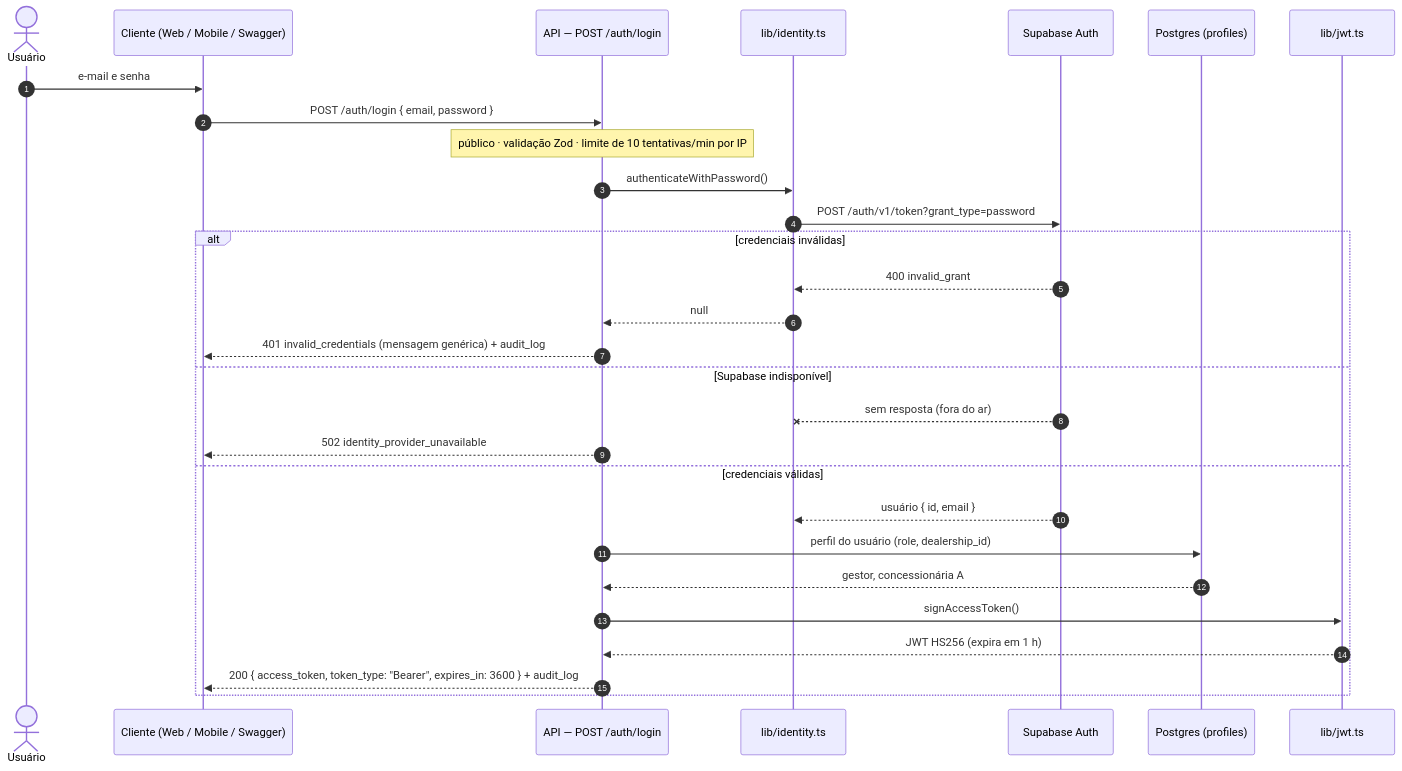
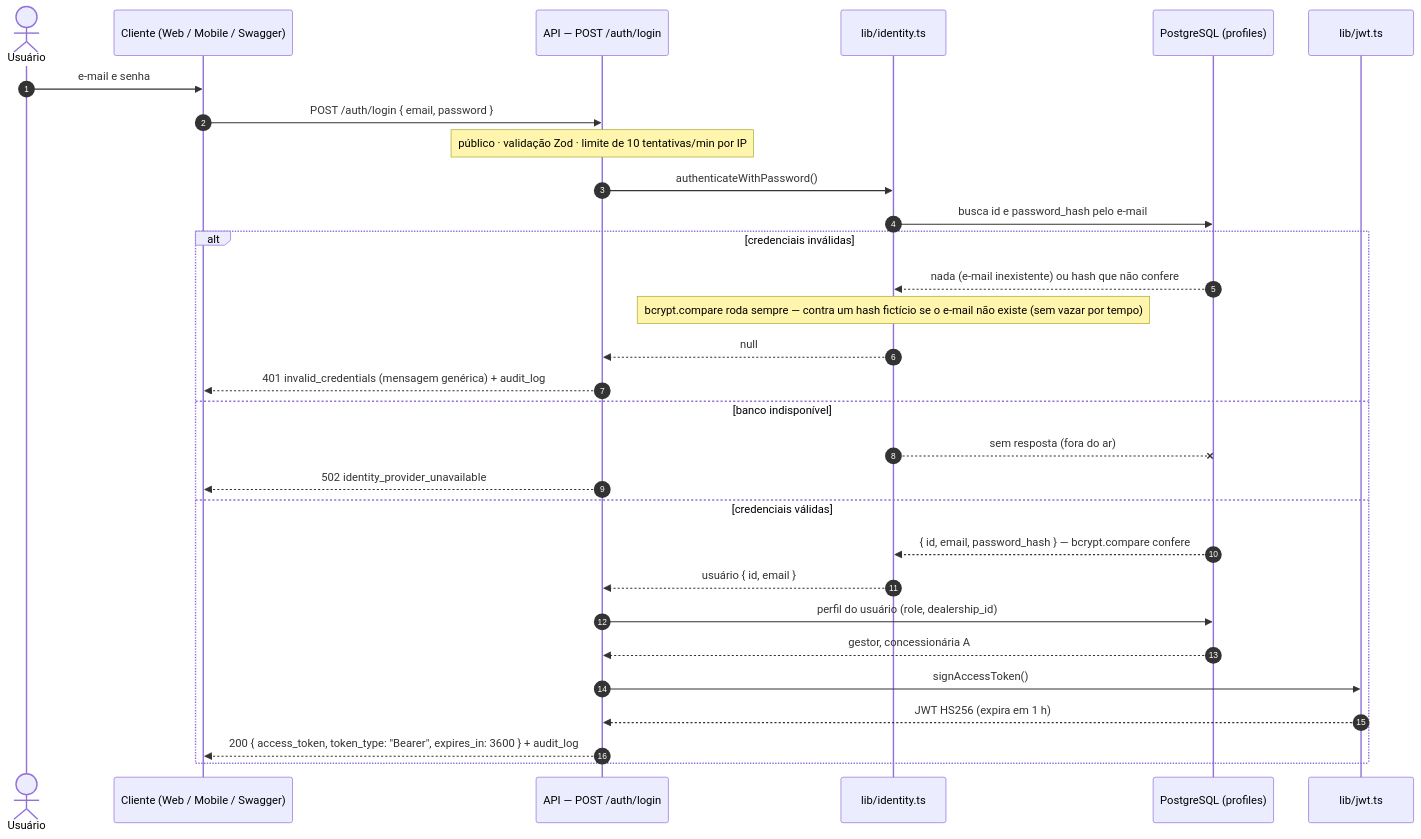
One commit to P0lid0/ford-fiap-challenge changed the fourth of 5 diagrams in docs/ARQUITETURA_SOA.md. Above: the diagram before and after it, drawn with Mermaid. The commit also changed other lines of this file and 155 other files, not shown here.

First line of the commit message:
Roda sobre PostgreSQL padrão, sem Supabase

````diff
--- a/docs/ARQUITETURA_SOA.md
+++ b/docs/ARQUITETURA_SOA.md
@@ -185,32 +185,33 @@
 ```mermaid
 sequenceDiagram
     autonumber
     actor U as Usuário
     participant C as Cliente (Web / Mobile / Swagger)
     participant API as API — POST /auth/login
     participant ID as lib/identity.ts
-    participant SA as Supabase Auth
-    participant DB as Postgres (profiles)
+    participant DB as PostgreSQL (profiles)
     participant JWT as lib/jwt.ts
 
     U->>C: e-mail e senha
     C->>API: POST /auth/login { email, password }
     Note over API: público · validação Zod · limite de 10 tentativas/min por IP
     API->>ID: authenticateWithPassword()
-    ID->>SA: POST /auth/v1/token?grant_type=password
+    ID->>DB: busca id e password_hash pelo e-mail
     alt credenciais inválidas
-        SA-->>ID: 400 invalid_grant
+        DB-->>ID: nada (e-mail inexistente) ou hash que não confere
+        Note over ID: bcrypt.compare roda sempre — contra um hash fictício se o e-mail não existe (sem vazar por tempo)
         ID-->>API: null
         API-->>C: 401 invalid_credentials (mensagem genérica) + audit_log
-    else Supabase indisponível
-        SA--xID: sem resposta (fora do ar)
+    else banco indisponível
+        ID--xDB: sem resposta (fora do ar)
         API-->>C: 502 identity_provider_unavailable
     else credenciais válidas
-        SA-->>ID: usuário { id, email }
+        DB-->>ID: { id, email, password_hash } — bcrypt.compare confere
+        ID-->>API: usuário { id, email }
         API->>DB: perfil do usuário (role, dealership_id)
         DB-->>API: gestor, concessionária A
         API->>JWT: signAccessToken()
         JWT-->>API: JWT HS256 (expira em 1 h)
         API-->>C: 200 { access_token, token_type: "Bearer", expires_in: 3600 } + audit_log
     end
 ```
````
